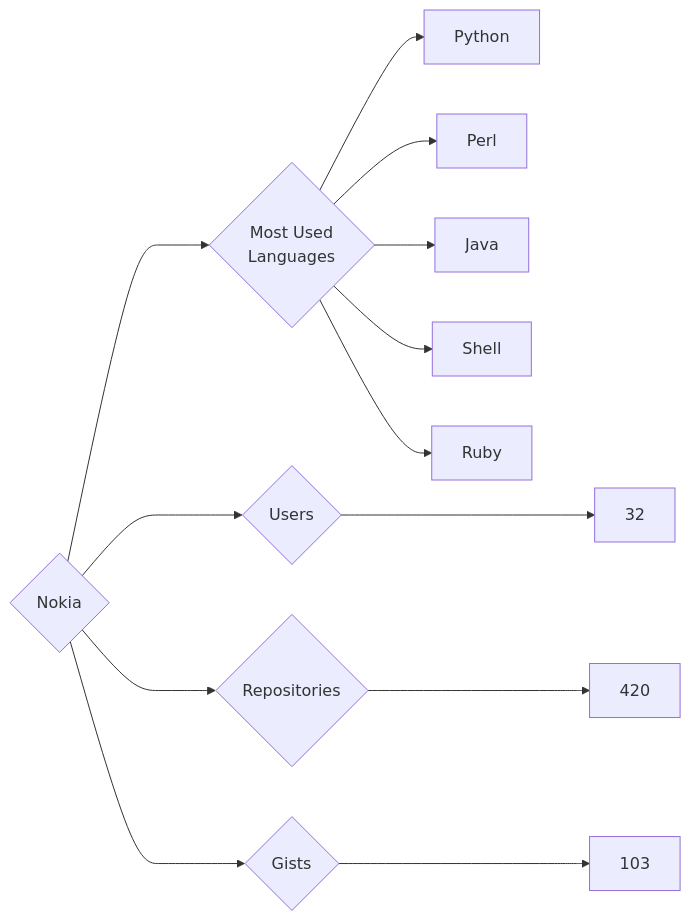
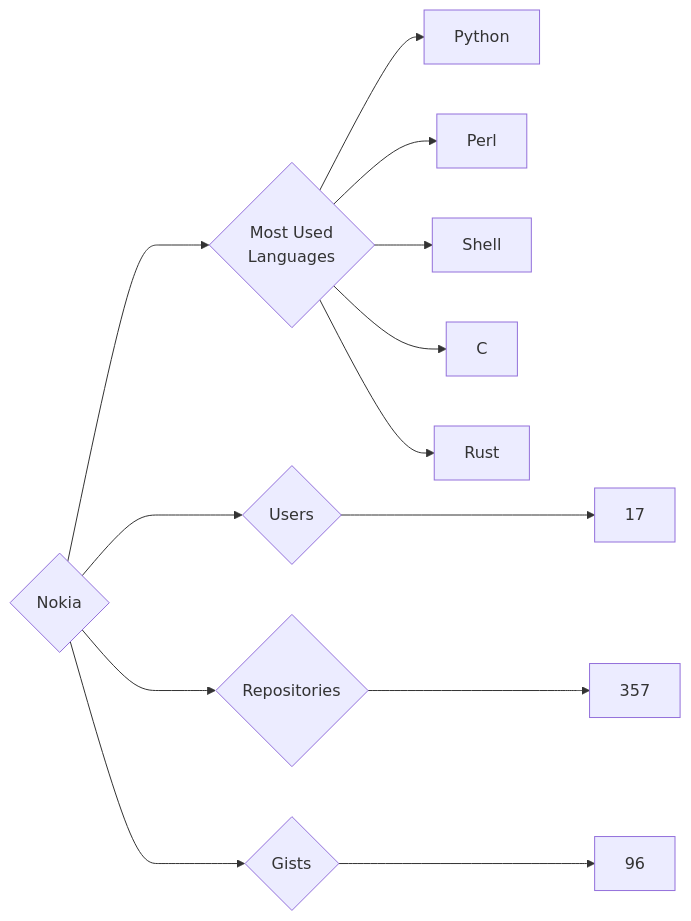
Before and after one commit to trickest/insiders: the diagram in targets/Nokia/README.md, drawn with Mermaid. The commit also changed 444 other files, not shown here.

````diff
--- a/targets/Nokia/README.md
+++ b/targets/Nokia/README.md
@@ -3,13 +3,13 @@
 ```mermaid
 graph LR
 COMPANY_NAME{Nokia}
-COMPANY_NAME ---> U{Users} ---> UN[32]
-COMPANY_NAME ---> R{Repositories} ---> RN[420]
-COMPANY_NAME ---> G{Gists} ---> GN[103]
+COMPANY_NAME ---> U{Users} ---> UN[17]
+COMPANY_NAME ---> R{Repositories} ---> RN[357]
+COMPANY_NAME ---> G{Gists} ---> GN[96]
 COMPANY_NAME ---> ML{Most Used<br>Languages}
 ML --> Python[Python]
 ML --> Perl[Perl]
-ML --> Java[Java]
 ML --> Shell[Shell]
-ML --> Ruby[Ruby]
+ML --> C[C]
+ML --> Rust[Rust]
 ```
````
